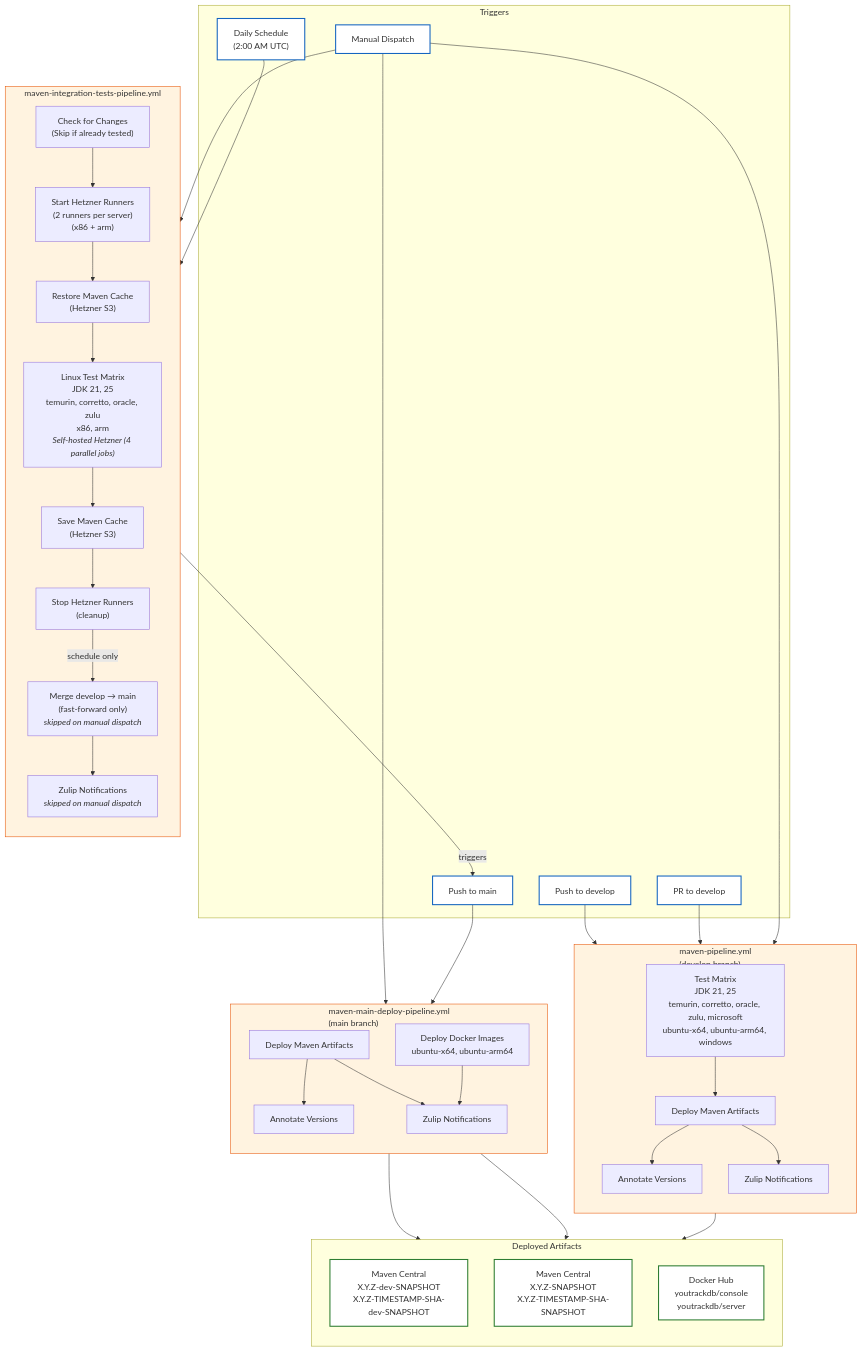
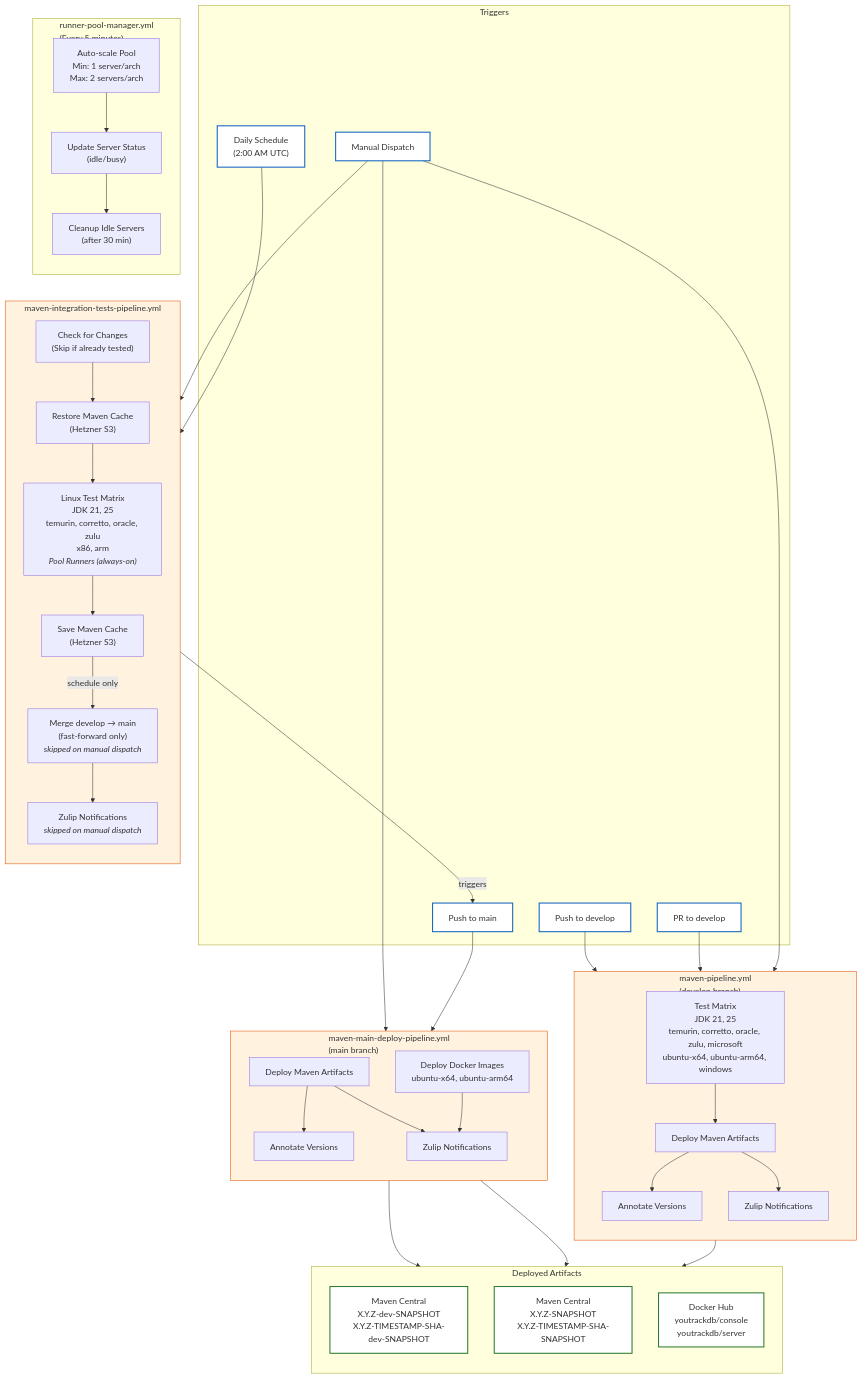
Before and after one commit to JetBrains/youtrackdb: the diagram in .github/workflows/ci-cd-diagram.md, drawn with Mermaid. The commit also changed other lines of this file and 4 other files, not shown here.

First line of the commit message:
YTDB-278: Add runner pool manager for always-on Hetzner runners

```diff
--- a/.github/workflows/ci-cd-diagram.md
+++ b/.github/workflows/ci-cd-diagram.md
@@ -24,20 +24,25 @@
     subgraph integration_pipeline["maven-integration-tests-pipeline.yml"]
         direction TB
         it_check["Check for Changes<br/>(Skip if already tested)"]
-        it_start["Start Hetzner Runners<br/>(2 runners per server)<br/>(x86 + arm)"]
         it_cache_restore["Restore Maven Cache<br/>(Hetzner S3)"]
-        it_test_linux["Linux Test Matrix<br/>JDK 21, 25<br/>temurin, corretto, oracle, zulu<br/>x86, arm<br/><i>Self-hosted Hetzner (4 parallel jobs)</i>"]
+        it_test_linux["Linux Test Matrix<br/>JDK 21, 25<br/>temurin, corretto, oracle, zulu<br/>x86, arm<br/><i>Pool Runners (always-on)</i>"]
         it_cache_save["Save Maven Cache<br/>(Hetzner S3)"]
-        it_stop["Stop Hetzner Runners<br/>(cleanup)"]
         it_merge["Merge develop → main<br/>(fast-forward only)<br/><i>skipped on manual dispatch</i>"]
         it_notify["Zulip Notifications<br/><i>skipped on manual dispatch</i>"]
-        it_check --> it_start
-        it_start --> it_cache_restore
+        it_check --> it_cache_restore
         it_cache_restore --> it_test_linux
         it_test_linux --> it_cache_save
-        it_cache_save --> it_stop
-        it_stop -->|"schedule only"| it_merge
+        it_cache_save -->|"schedule only"| it_merge
         it_merge --> it_notify
+    end
+
+    subgraph pool_manager["runner-pool-manager.yml<br/>(Every 5 minutes)"]
+        direction TB
+        pm_scale["Auto-scale Pool<br/>Min: 1 server/arch<br/>Max: 2 servers/arch"]
+        pm_status["Update Server Status<br/>(idle/busy)"]
+        pm_cleanup["Cleanup Idle Servers<br/>(after 30 min)"]
+        pm_scale --> pm_status
+        pm_status --> pm_cleanup
     end
 
     subgraph main_pipeline["maven-main-deploy-pipeline.yml<br/>(main branch)"]
```
